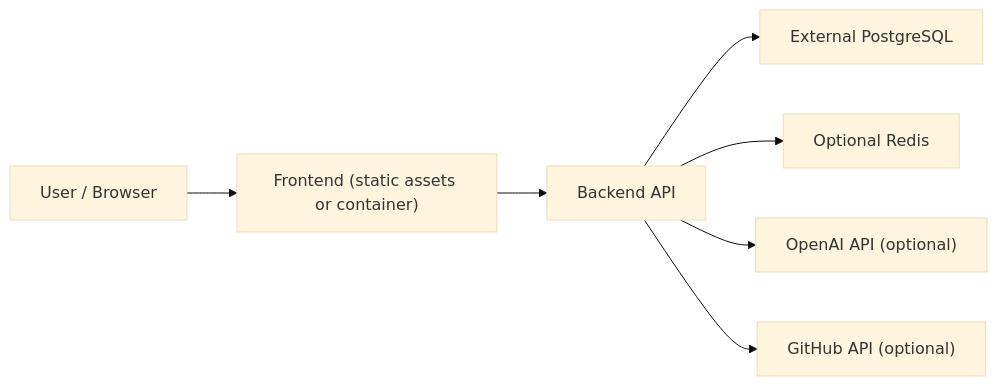
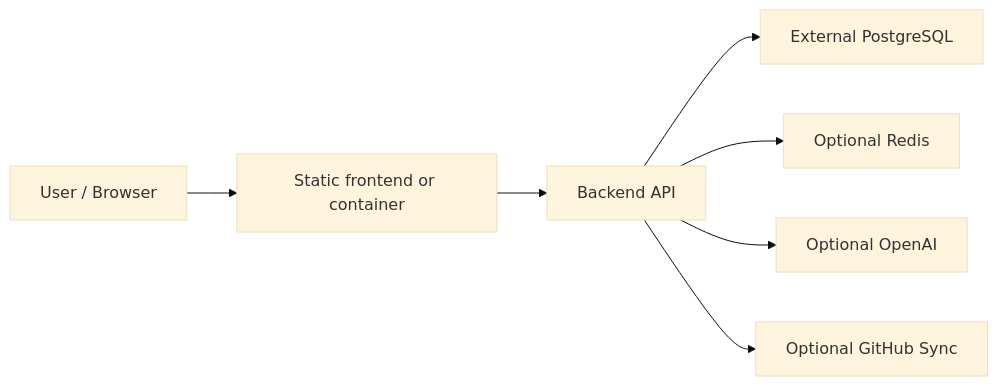
One commit to JASON-QWeb/BeautySkillsHub changed the third of 3 diagrams in ARCHITECTURE.md. Above: the diagram before and after it, drawn with Mermaid (base theme). The commit also changed other lines of this file and 14 other files, not shown here.

````diff
--- a/ARCHITECTURE.md
+++ b/ARCHITECTURE.md
@@ -90,9 +76,9 @@
 ```mermaid
 flowchart LR
-    User["User / Browser"] --> Frontend["Frontend (static assets or container)"]
+    User["User / Browser"] --> Frontend["Static frontend or container"]
     Frontend --> Backend["Backend API"]
     Backend --> Postgres["External PostgreSQL"]
     Backend --> Redis["Optional Redis"]
-    Backend --> OpenAI["OpenAI API (optional)"]
-    Backend --> GitHub["GitHub API (optional)"]
+    Backend --> OpenAI["Optional OpenAI"]
+    Backend --> GitHub["Optional GitHub Sync"]
 ```
````
